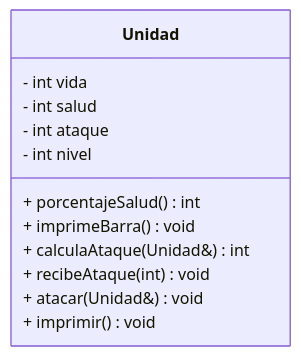
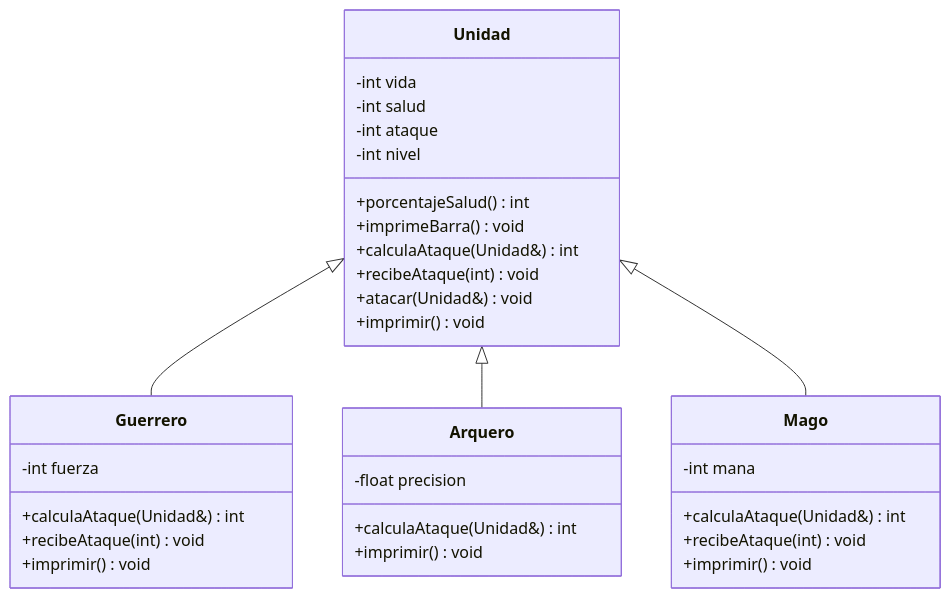
Before and after one commit to a01287141-hub/A01287141_Proyecto: the diagram in README.md, drawn with Mermaid. The commit also changed 12 other files, not shown here.

````diff
--- a/README.md
+++ b/README.md
@@ -7,19 +7,40 @@
 ```mermaid
 classDiagram
 
 class Unidad{
+-int vida
+-int salud
+-int ataque
+-int nivel
++porcentajeSalud() int
++imprimeBarra() void
++calculaAtaque(Unidad&) int
++recibeAtaque(int) void
++atacar(Unidad&) void
++imprimir() void
+}
 
-- int vida
-- int salud
-- int ataque
-- int nivel
+class Guerrero{
+-int fuerza
++calculaAtaque(Unidad&) int
++recibeAtaque(int) void
++imprimir() void
+}
 
-+ porcentajeSalud() int
-+ imprimeBarra() void
-+ calculaAtaque(Unidad&) int
-+ recibeAtaque(int) void
-+ atacar(Unidad&) void
-+ imprimir() void
+class Arquero{
+-float precision
++calculaAtaque(Unidad&) int
++imprimir() void
+}
 
+class Mago{
+-int mana
++calculaAtaque(Unidad&) int
++recibeAtaque(int) void
++imprimir() void
 }
+
+Unidad <|-- Guerrero
+Unidad <|-- Arquero
+Unidad <|-- Mago
 ```
````
